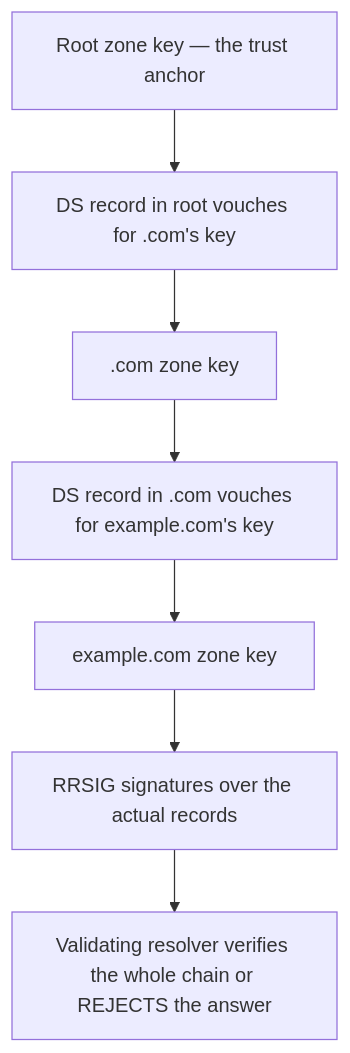
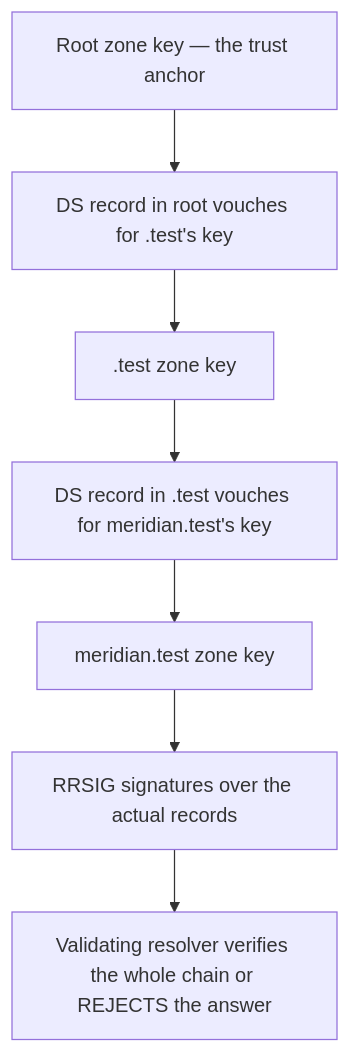
One commit to nnr-root/cybersec-crook2root-notes changed the diagram in Networking/Core Network Services/DNS Security & Encrypted Transports.md. Above: the diagram before and after it, drawn with Mermaid. The commit also changed other lines of this file and 6 other files, not shown here.

````diff
--- a/Networking/Core Network Services/DNS Security & Encrypted Transports.md
+++ b/Networking/Core Network Services/DNS Security & Encrypted Transports.md
@@ -54,9 +54,9 @@
 ```mermaid
 flowchart TB
-    Root["Root zone key — the trust anchor"] --> DS1["DS record in root vouches for .com's key"]
-    DS1 --> COM[".com zone key"]
-    COM --> DS2["DS record in .com vouches for example.com's key"]
-    DS2 --> EX["example.com zone key"]
+    Root["Root zone key — the trust anchor"] --> DS1["DS record in root vouches for .test's key"]
+    DS1 --> COM[".test zone key"]
+    COM --> DS2["DS record in .test vouches for meridian.test's key"]
+    DS2 --> EX["meridian.test zone key"]
     EX --> SIG["RRSIG signatures over the actual records"]
     SIG --> V["Validating resolver verifies the whole chain or REJECTS the answer"]
 ```
````
